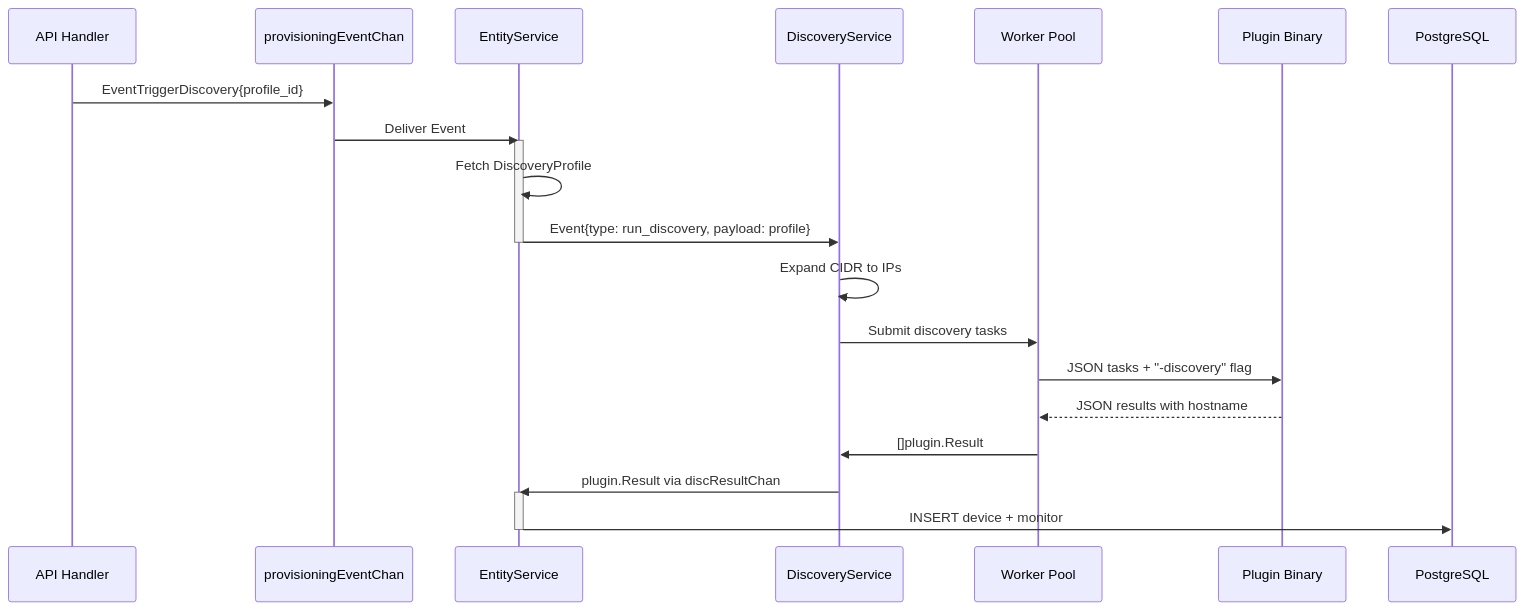
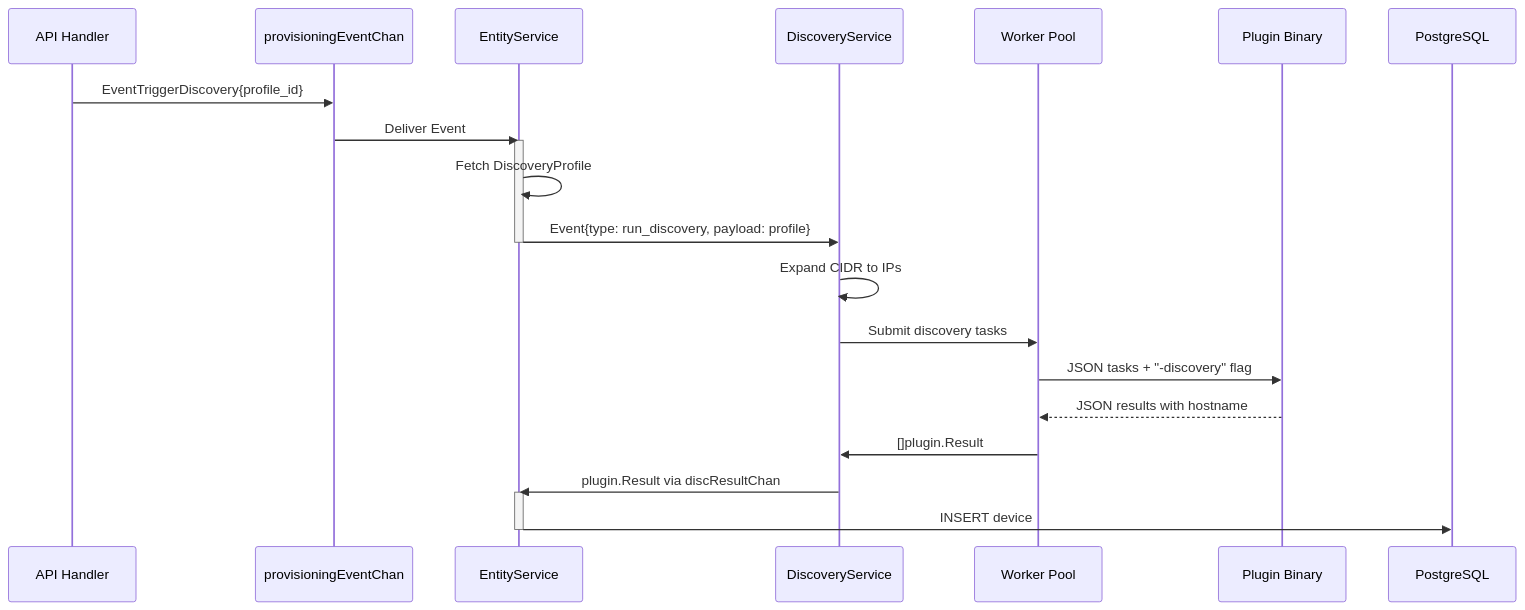
The fifth of 10 diagrams in ARCHITECTURE.md (PremModhaOfficial/nms), drawn with Mermaid before and after one commit. The commit also changed other lines of this file and 25 other files, not shown here.

````diff
--- a/ARCHITECTURE.md
+++ b/ARCHITECTURE.md
@@ -189,27 +190,27 @@
 ```mermaid
 sequenceDiagram
     participant API as API Handler
     participant CMD as provisioningEventChan
     participant ES as EntityService
     participant DISC as DiscoveryService
     participant POOL as Worker Pool
     participant PLUGIN as Plugin Binary
     participant DB as PostgreSQL
 
     API->>CMD: EventTriggerDiscovery{profile_id}
     CMD->>ES: Deliver Event
     activate ES
     ES->>ES: Fetch DiscoveryProfile
     ES->>DISC: Event{type: run_discovery, payload: profile}
     deactivate ES
     
     DISC->>DISC: Expand CIDR to IPs
     DISC->>POOL: Submit discovery tasks
     POOL->>PLUGIN: JSON tasks + "-discovery" flag
     PLUGIN-->>POOL: JSON results with hostname
     POOL->>DISC: []plugin.Result
     DISC->>ES: plugin.Result via discResultChan
     activate ES
-    ES->>DB: INSERT device + monitor
+    ES->>DB: INSERT device
     deactivate ES
 ```
````
